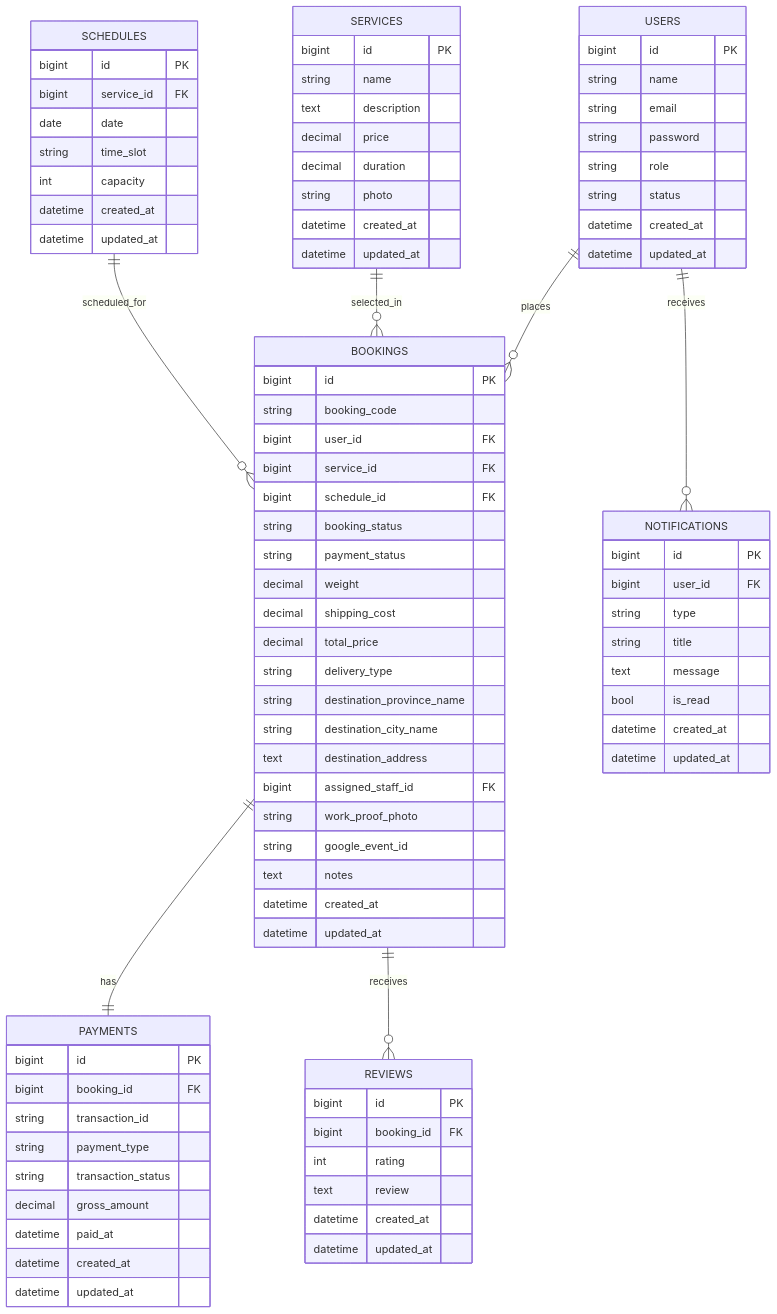
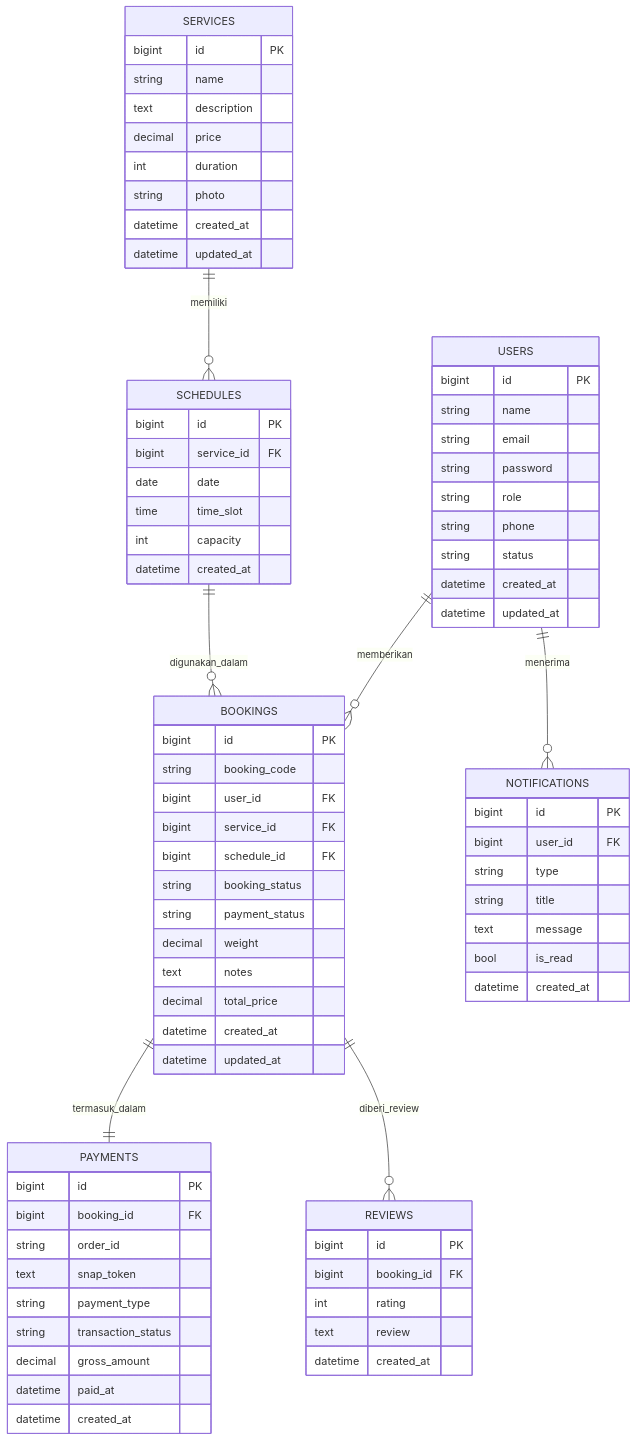
The diagram in docs/ERD.md (Addnta/Booking-Laundry), drawn with Mermaid before and after one commit. The commit also changed other lines of this file, not shown here.

Commit message:
update erd to match reference

````diff
--- a/docs/ERD.md
+++ b/docs/ERD.md
@@ -5,11 +5,11 @@
 ```mermaid
 erDiagram
-    USERS ||--o{ BOOKINGS : places
-    SERVICES ||--o{ BOOKINGS : selected_in
-    SCHEDULES ||--o{ BOOKINGS : scheduled_for
-    BOOKINGS ||--|| PAYMENTS : has
-    BOOKINGS ||--o{ REVIEWS : receives
-    USERS ||--o{ NOTIFICATIONS : receives
+    USERS ||--o{ BOOKINGS : memberikan
+    SERVICES ||--o{ SCHEDULES : memiliki
+    SCHEDULES ||--o{ BOOKINGS : digunakan_dalam
+    BOOKINGS ||--|| PAYMENTS : termasuk_dalam
+    BOOKINGS ||--o{ REVIEWS : diberi_review
+    USERS ||--o{ NOTIFICATIONS : menerima
 
     USERS {
         bigint id PK
@@ -17,6 +17,7 @@
         string email
         string password
         string role
+        string phone
         string status
         datetime created_at
         datetime updated_at
@@ -27,7 +28,7 @@
         string name
         text description
         decimal price
-        decimal duration
+        int duration
         string photo
         datetime created_at
         datetime updated_at
@@ -37,10 +38,9 @@
         bigint id PK
         bigint service_id FK
         date date
-        string time_slot
+        time time_slot
         int capacity
         datetime created_at
-        datetime updated_at
     }
 
     BOOKINGS {
@@ -52,16 +52,8 @@
         string booking_status
         string payment_status
         decimal weight
-        decimal shipping_cost
+        text notes
         decimal total_price
-        string delivery_type
-        string destination_province_name
-        string destination_city_name
-        text destination_address
-        bigint assigned_staff_id FK
-        string work_proof_photo
-        string google_event_id
-        text notes
         datetime created_at
         datetime updated_at
     }
@@ -69,13 +61,13 @@
     PAYMENTS {
         bigint id PK
         bigint booking_id FK
-        string transaction_id
+        string order_id
+        text snap_token
         string payment_type
         string transaction_status
         decimal gross_amount
         datetime paid_at
         datetime created_at
-        datetime updated_at
     }
 
     REVIEWS {
@@ -84,7 +76,6 @@
         int rating
         text review
         datetime created_at
-        datetime updated_at
     }
 
     NOTIFICATIONS {
@@ -95,6 +86,5 @@
         text message
         bool is_read
         datetime created_at
-        datetime updated_at
     }
 ```
````
